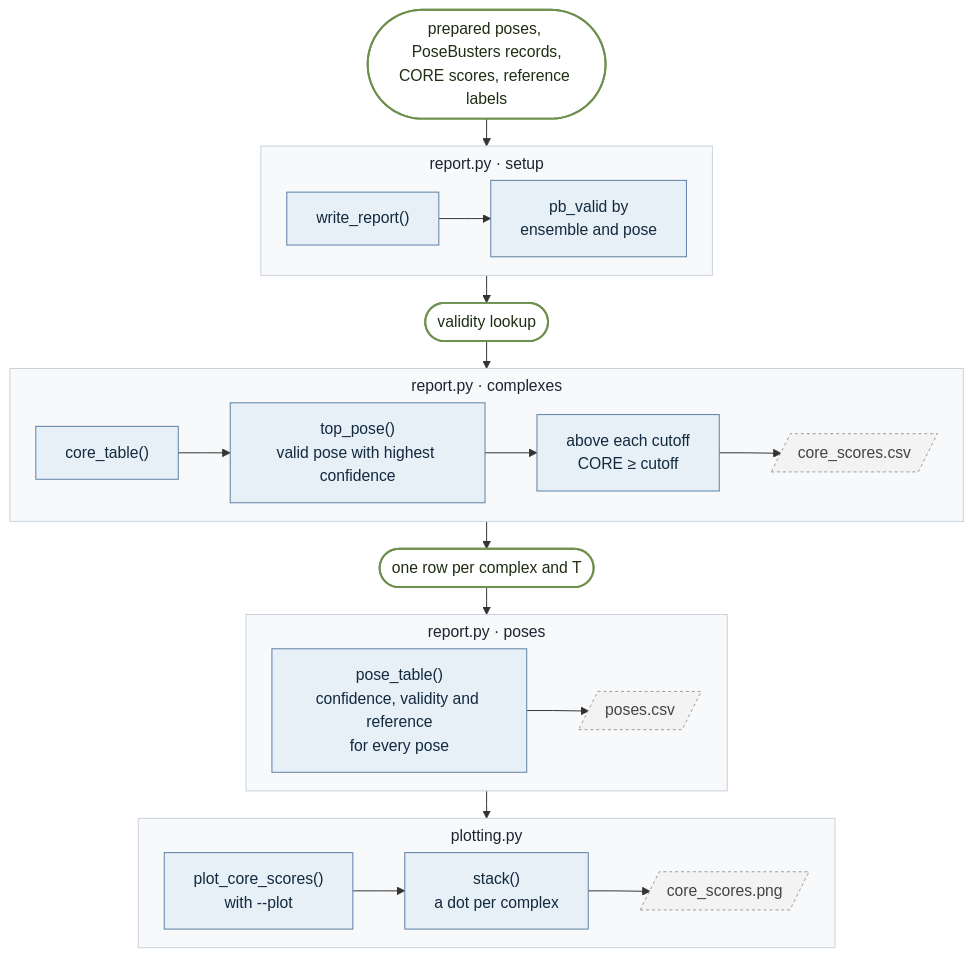
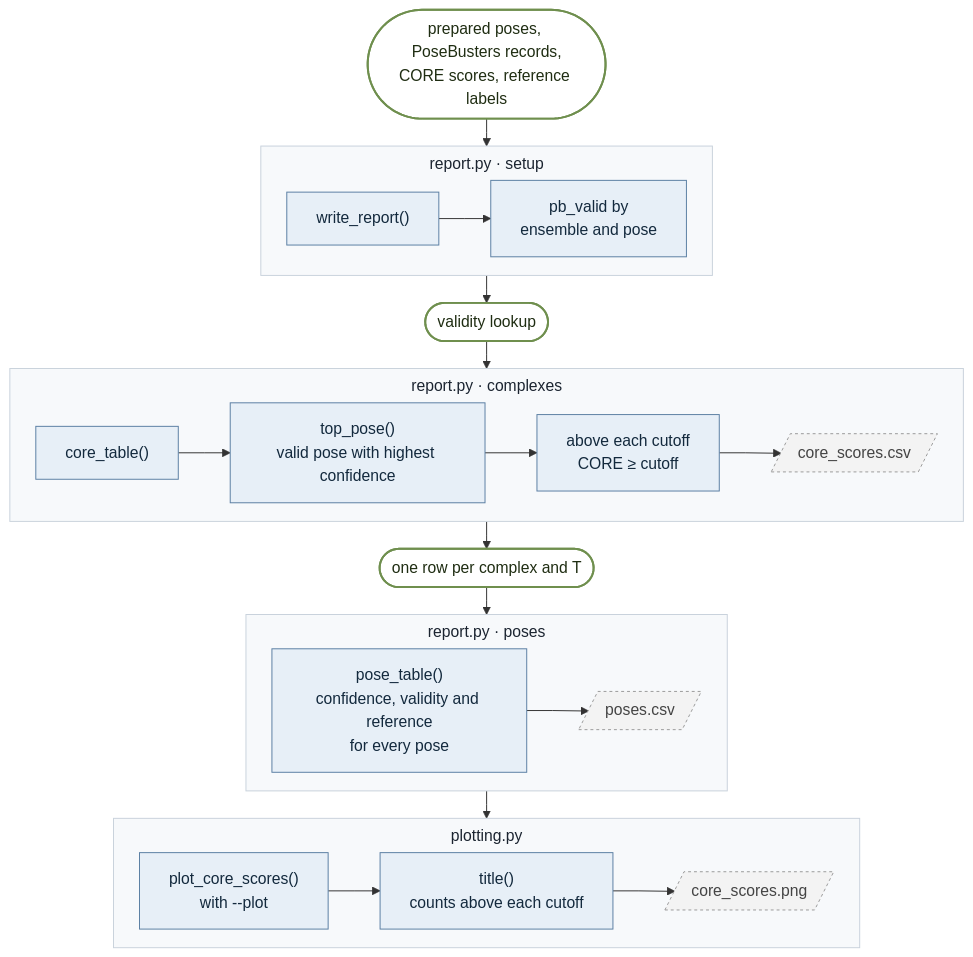
Before and after one commit to James-Broster/core-score: the ninth of 9 diagrams in docs/code-map.md, drawn with Mermaid. The commit also changed other lines of this file and 4 other files, not shown here.

First line of the commit message:
Plot the CORE Scores as a histogram

````diff
--- a/docs/code-map.md
+++ b/docs/code-map.md
@@ -384,36 +384,36 @@
 ```mermaid
 %%{init: {"flowchart": {"curve": "linear", "nodeSpacing": 18, "rankSpacing": 28, "subGraphTitleMargin": {"top": 6, "bottom": 10}}}}%%
 flowchart TB
     classDef fn fill:#e7eff7,stroke:#5b7fa3,color:#13293d
     classDef data fill:#ffffff,stroke:#6f8f4e,color:#1f2d12,stroke-width:2px
     classDef file fill:#f3f3f3,stroke:#9a9a9a,color:#444,stroke-dasharray:3 3
     classDef stage fill:#f7f9fb,stroke:#c9d2dc,color:#1b2430
 
     start(["prepared poses, PoseBusters records,<br/>CORE scores, reference labels"]):::data
 
     subgraph D1["report.py · setup"]
         direction LR
         a1["write_report()"]:::fn --> a2["pb_valid by<br/>ensemble and pose"]:::fn
     end
     d1(["validity lookup"]):::data
 
     subgraph D2["report.py · complexes"]
         direction LR
         b1["core_table()"]:::fn --> b2["top_pose()<br/>valid pose with highest confidence"]:::fn --> b3["above each cutoff<br/>CORE ≥ cutoff"]:::fn --> b4[/"core_scores.csv"/]:::file
     end
     d2(["one row per complex and T"]):::data
 
     subgraph D3["report.py · poses"]
         direction LR
         c1["pose_table()<br/>confidence, validity and reference<br/>for every pose"]:::fn --> c2[/"poses.csv"/]:::file
     end
 
     subgraph D4["plotting.py"]
         direction LR
-        e1["plot_core_scores()<br/>with --plot"]:::fn --> e2["stack()<br/>a dot per complex"]:::fn --> e3[/"core_scores.png"/]:::file
+        e1["plot_core_scores()<br/>with --plot"]:::fn --> e2["title()<br/>counts above each cutoff"]:::fn --> e3[/"core_scores.png"/]:::file
     end
 
     start --> D1 --> d1 --> D2 --> d2 --> D3 --> D4
 
     class D1,D2,D3,D4 stage
 ```
````
